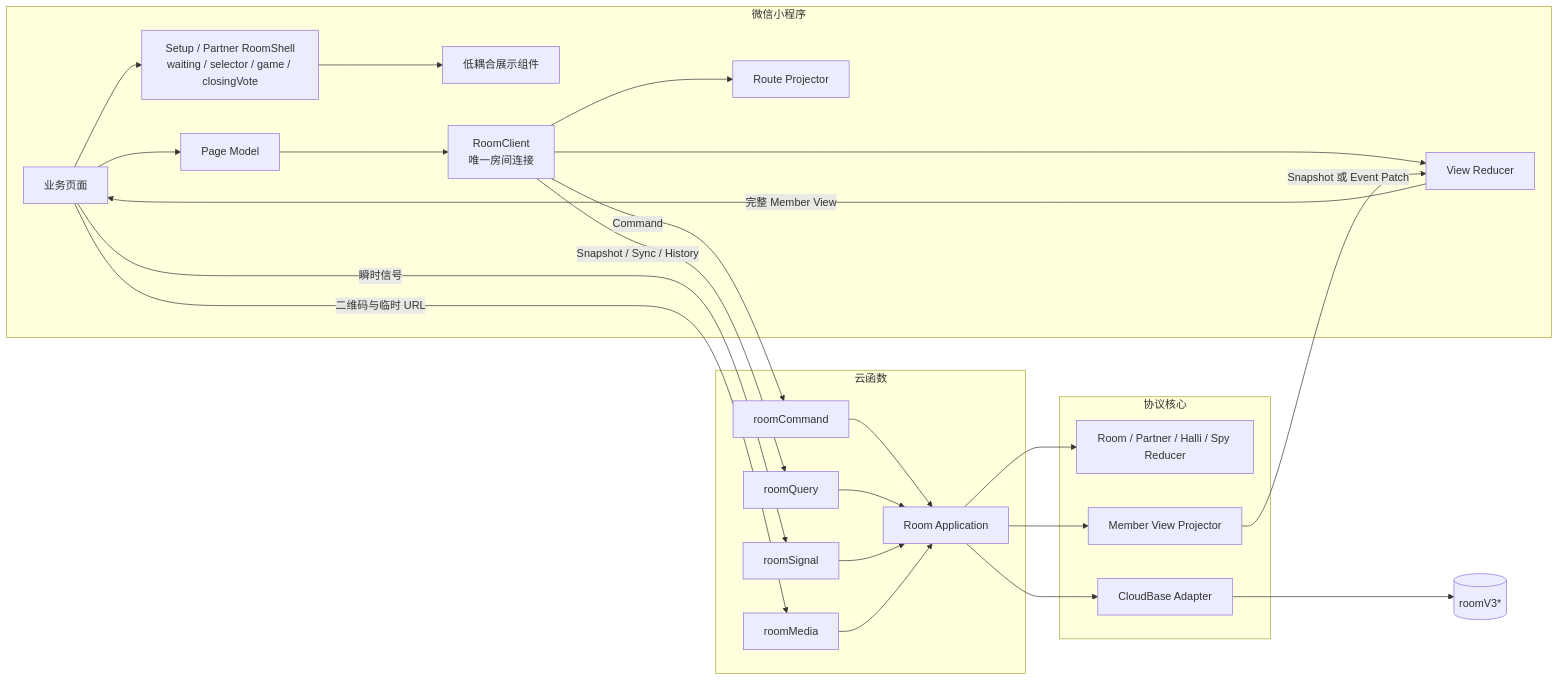
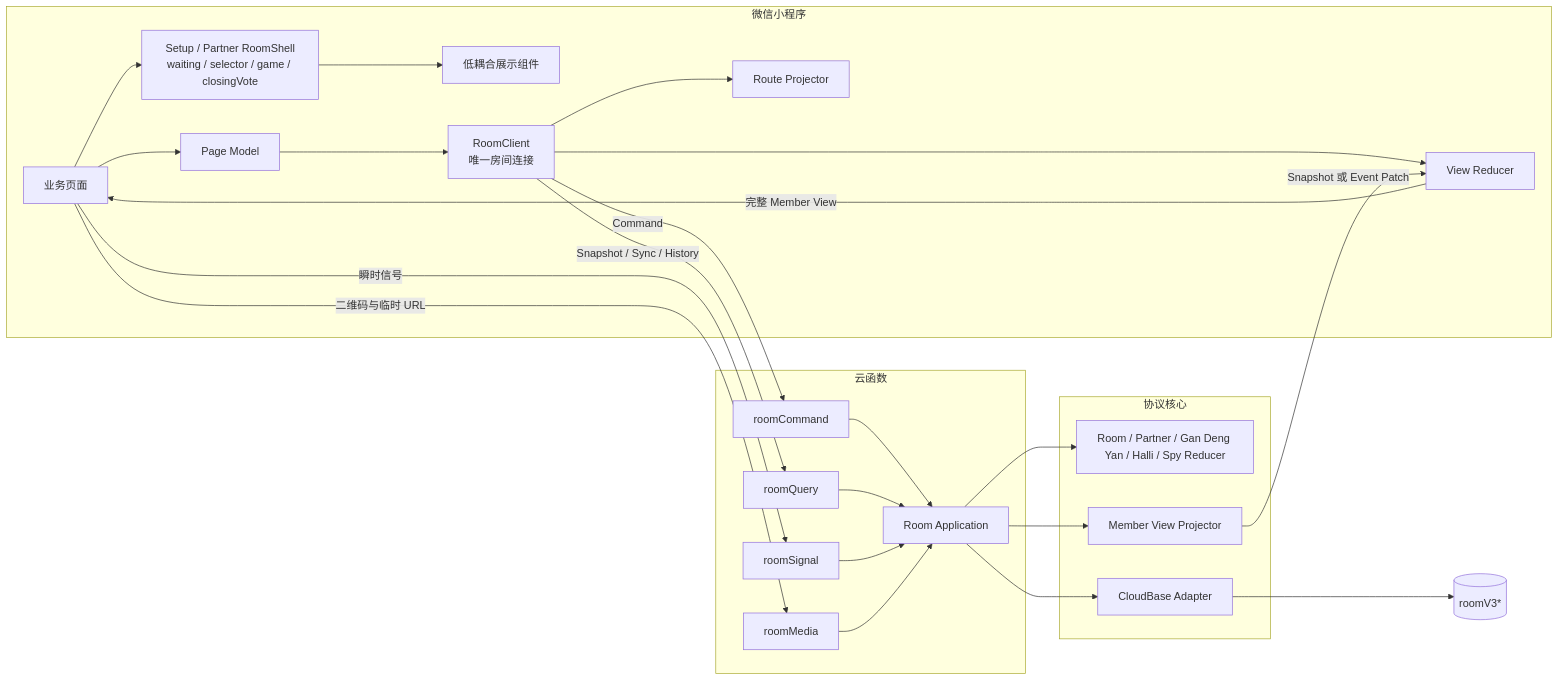
One commit to Bubble-419/cardboard-miniprogram changed the second of 4 diagrams in docs/ROOM_SYSTEM_INDEX.md. Above: the diagram before and after it, drawn with Mermaid. The commit also changed other lines of this file and 49 other files, not shown here.

Commit message:
feat: refine room flows and interaction feedback

````diff
--- a/docs/ROOM_SYSTEM_INDEX.md
+++ b/docs/ROOM_SYSTEM_INDEX.md
@@ -35,45 +35,45 @@
 ```mermaid
 flowchart LR
   subgraph Client[微信小程序]
     PAGE[业务页面]
     SHELL[Setup / Partner RoomShell<br/>waiting / selector / game / closingVote]
     WIDGET[低耦合展示组件]
     PM[Page Model]
     RC[RoomClient<br/>唯一房间连接]
     VR[View Reducer]
     NAV[Route Projector]
     PAGE --> PM --> RC
     PAGE --> SHELL --> WIDGET
     RC --> VR
     RC --> NAV
   end
 
   subgraph Functions[云函数]
     CMD[roomCommand]
     QUERY[roomQuery]
     SIGNAL[roomSignal]
     MEDIA[roomMedia]
     APP[Room Application]
     CMD --> APP
     QUERY --> APP
     SIGNAL --> APP
     MEDIA --> APP
   end
 
   subgraph Core[协议核心]
-    DOMAIN[Room / Partner / Halli / Spy Reducer]
+    DOMAIN[Room / Partner / Gan Deng Yan / Halli / Spy Reducer]
     PROJ[Member View Projector]
     REPO[CloudBase Adapter]
     APP --> DOMAIN
     APP --> PROJ
     APP --> REPO
   end
 
   RC -->|Command| CMD
   RC -->|Snapshot / Sync / History| QUERY
   PAGE -->|瞬时信号| SIGNAL
   PAGE -->|二维码与临时 URL| MEDIA
   REPO --> DB[(roomV3*)]
   PROJ -->|Snapshot 或 Event Patch| VR
   VR -->|完整 Member View| PAGE
 ```
````
